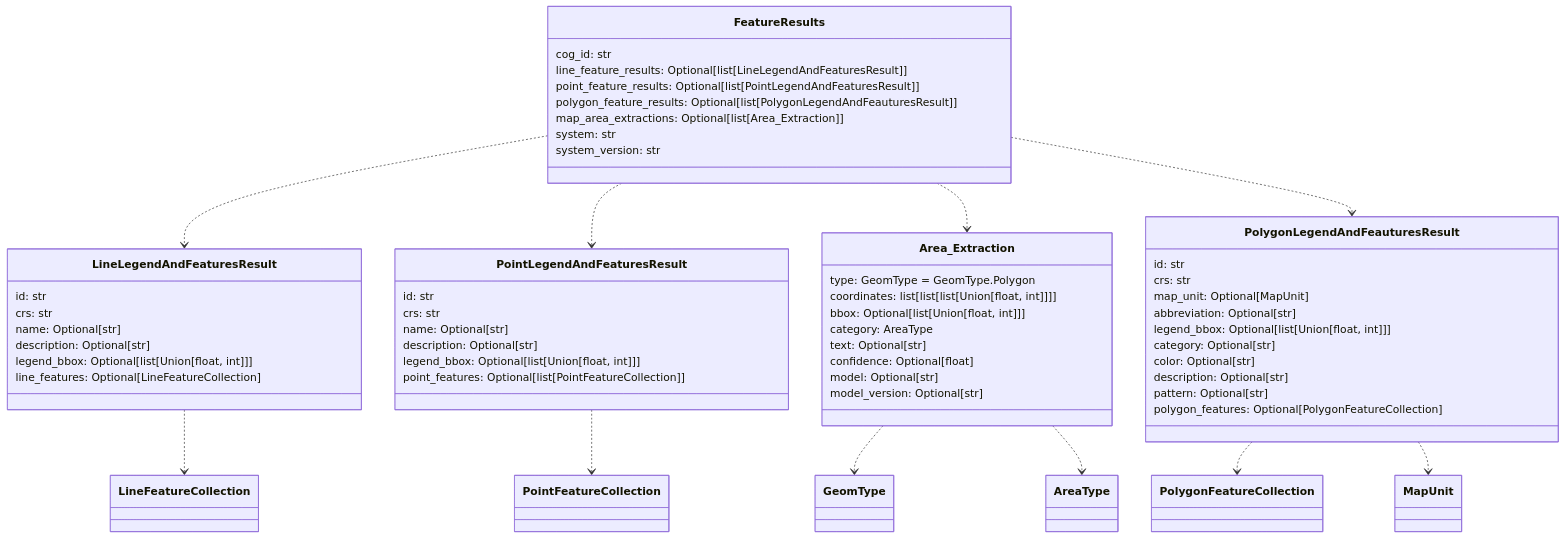
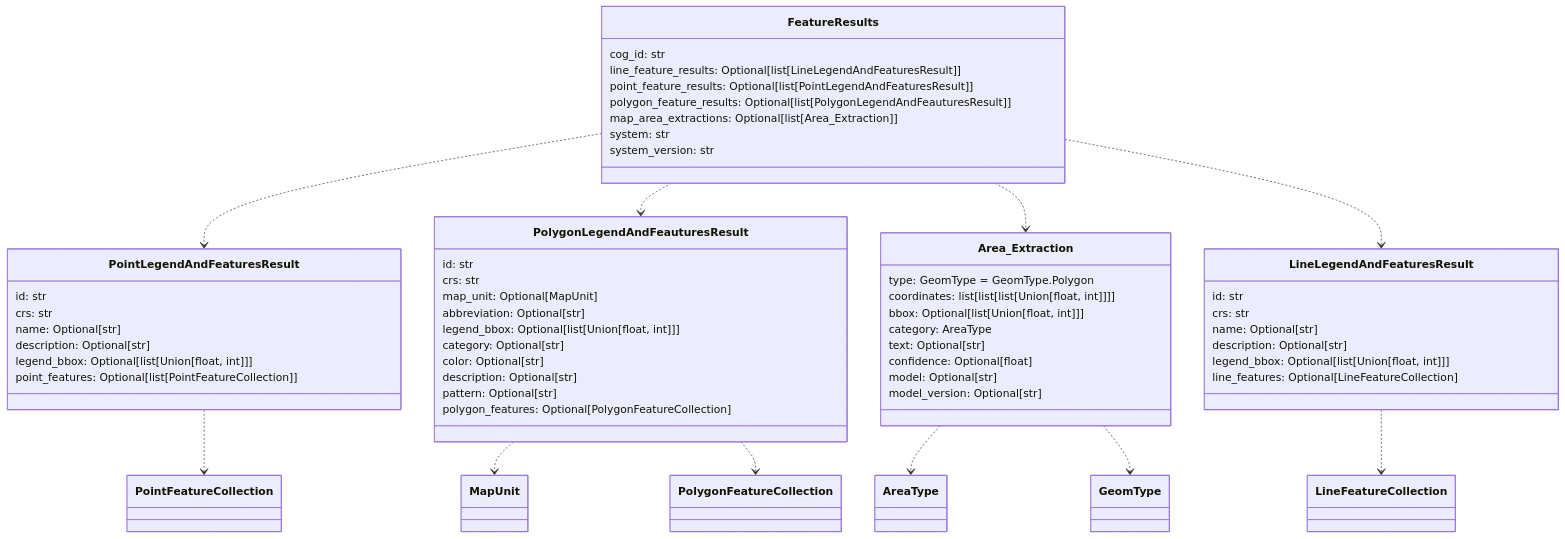
One commit to DARPA-CRITICALMAAS/cdr_schemas changed the third of 6 diagrams in README.md. Above: the diagram before and after it, drawn with Mermaid. The commit also changed other lines of this file and 4 other files, not shown here.

Commit message:
Better diagrams

````diff
--- a/README.md
+++ b/README.md
@@ -188,68 +188,68 @@
 ```mermaid
 classDiagram
+
+    class Area_Extraction {
+        type: GeomType = GeomType.Polygon
+        coordinates: list[list[list[Union[float, int]]]]
+        bbox: Optional[list[Union[float, int]]]
+        category: AreaType
+        text: Optional[str]
+        confidence: Optional[float]
+        model: Optional[str]
+        model_version: Optional[str]
+    }
+
+    class FeatureResults {
+        cog_id: str
+        line_feature_results: Optional[list[LineLegendAndFeaturesResult]]
+        point_feature_results: Optional[list[PointLegendAndFeaturesResult]]
+        polygon_feature_results: Optional[list[PolygonLegendAndFeauturesResult]]
+        map_area_extractions: Optional[list[Area_Extraction]]
+        system: str
+        system_version: str
+    }
 
     class LineLegendAndFeaturesResult {
         id: str
         crs: str
         name: Optional[str]
         description: Optional[str]
         legend_bbox: Optional[list[Union[float, int]]]
         line_features: Optional[LineFeatureCollection]
     }
 
     class PointLegendAndFeaturesResult {
         id: str
         crs: str
         name: Optional[str]
         description: Optional[str]
         legend_bbox: Optional[list[Union[float, int]]]
         point_features: Optional[list[PointFeatureCollection]]
     }
 
     class PolygonLegendAndFeauturesResult {
         id: str
         crs: str
         map_unit: Optional[MapUnit]
         abbreviation: Optional[str]
         legend_bbox: Optional[list[Union[float, int]]]
         category: Optional[str]
         color: Optional[str]
         description: Optional[str]
         pattern: Optional[str]
         polygon_features: Optional[PolygonFeatureCollection]
     }
 
-    class FeatureResults {
-        cog_id: str
-        line_feature_results: Optional[list[LineLegendAndFeaturesResult]]
-        point_feature_results: Optional[list[PointLegendAndFeaturesResult]]
-        polygon_feature_results: Optional[list[PolygonLegendAndFeauturesResult]]
-        map_area_extractions: Optional[list[Area_Extraction]]
-        system: str
-        system_version: str
-    }
-
-    class Area_Extraction {
-        type: GeomType = GeomType.Polygon
-        coordinates: list[list[list[Union[float, int]]]]
-        bbox: Optional[list[Union[float, int]]]
-        category: AreaType
-        text: Optional[str]
-        confidence: Optional[float]
-        model: Optional[str]
-        model_version: Optional[str]
-    }
-
+    Area_Extraction ..> AreaType
     Area_Extraction ..> GeomType
-    Area_Extraction ..> AreaType
     LineLegendAndFeaturesResult ..> LineFeatureCollection
     PointLegendAndFeaturesResult ..> PointFeatureCollection
+    PolygonLegendAndFeauturesResult ..> MapUnit
     PolygonLegendAndFeauturesResult ..> PolygonFeatureCollection
-    PolygonLegendAndFeauturesResult ..> MapUnit
+    FeatureResults ..> PointLegendAndFeaturesResult
+    FeatureResults ..> PolygonLegendAndFeauturesResult
+    FeatureResults ..> Area_Extraction
     FeatureResults ..> LineLegendAndFeaturesResult
-    FeatureResults ..> PointLegendAndFeaturesResult
-    FeatureResults ..> Area_Extraction
-    FeatureResults ..> PolygonLegendAndFeauturesResult
 
 
 ```
````
